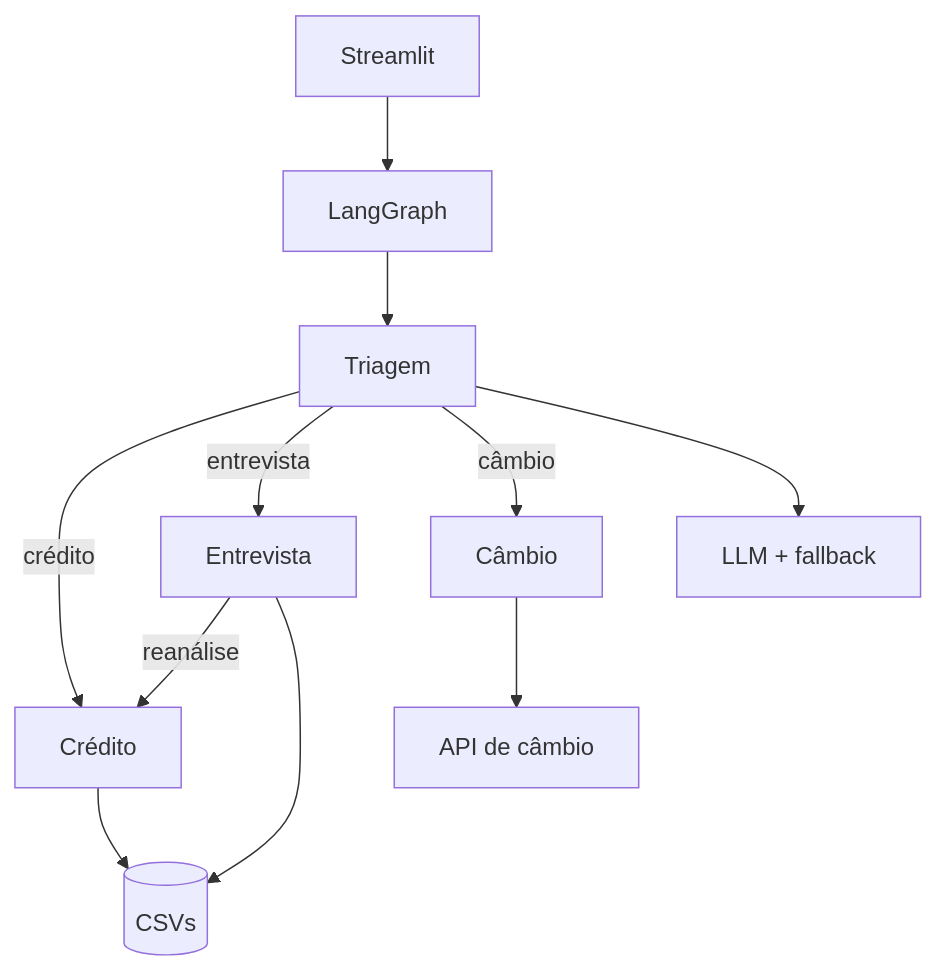
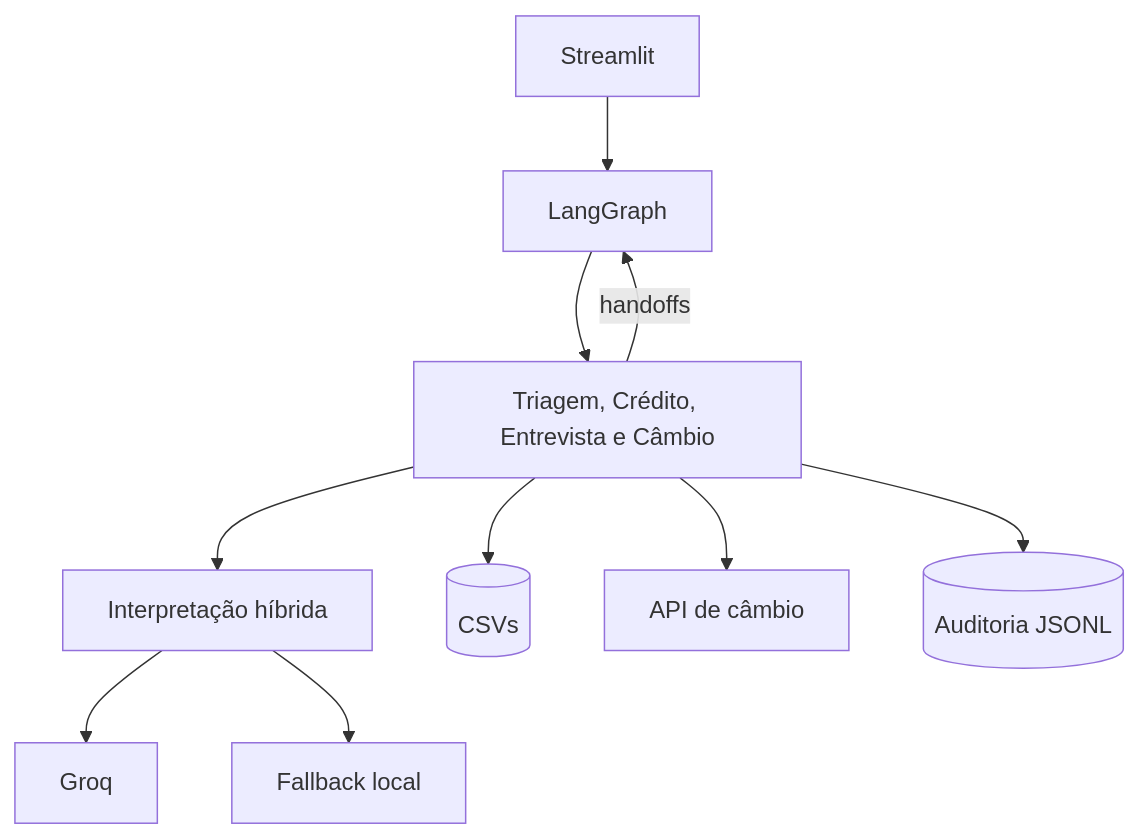
One commit to guisefe/banco-agil-agent changed the diagram in README.md. Above: the diagram before and after it, drawn with Mermaid. The commit also changed other lines of this file and 12 other files, not shown here.

````diff
--- a/README.md
+++ b/README.md
@@ -30,13 +30,12 @@
 ```mermaid
 flowchart TD
     UI[Streamlit] --> G[LangGraph]
-    G --> T[Triagem]
-    T -->|crédito| C[Crédito]
-    T -->|entrevista| E[Entrevista]
-    T -->|câmbio| X[Câmbio]
-    E -->|reanálise| C
-    T --> L[LLM + fallback]
-    C --> CSV[(CSVs)]
-    E --> CSV
-    X --> API[API de câmbio]
+    G --> A[Triagem, Crédito, Entrevista e Câmbio]
+    A --> U[Interpretação híbrida]
+    U --> L[Groq]
+    U --> F[Fallback local]
+    A --> CSV[(CSVs)]
+    A --> API[API de câmbio]
+    A --> AUD[(Auditoria JSONL)]
+    A -->|handoffs| G
 ```
````
